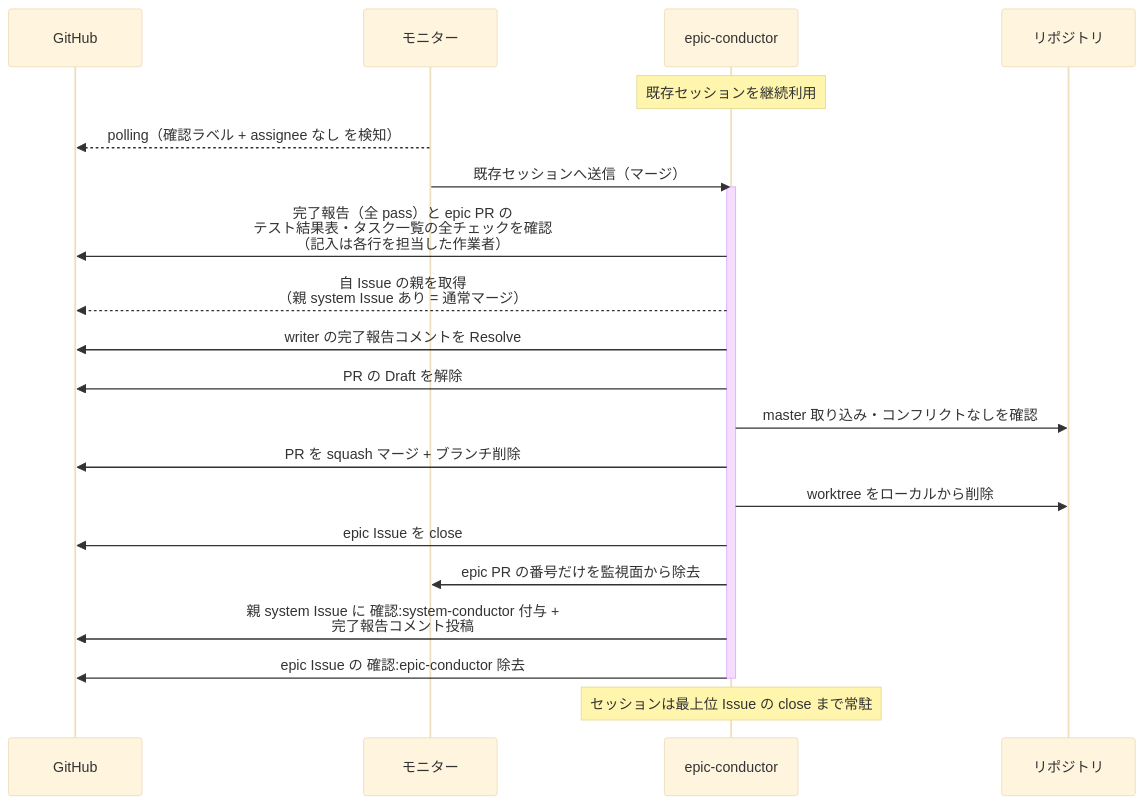
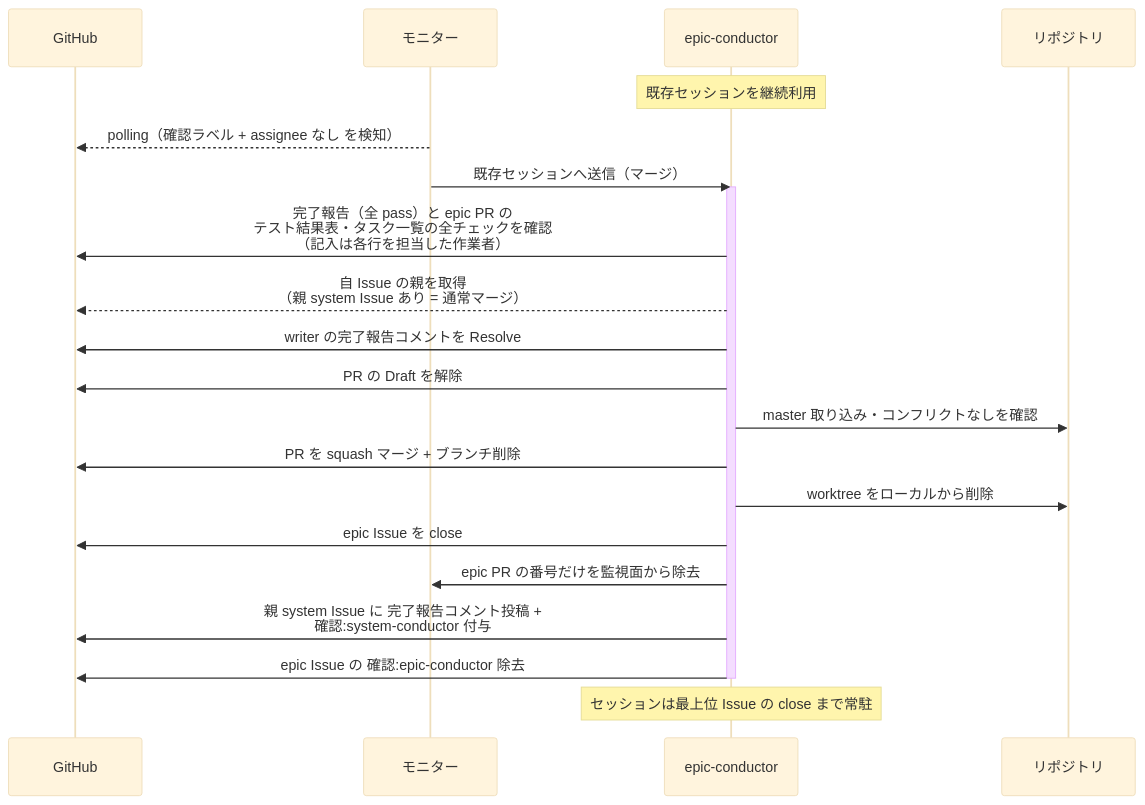
One commit to shuhei1101/ai-monitor changed the fourth of 6 diagrams in docs/wiki/設計図/シナリオ/単一ユースケース/マージ.md. Above: the diagram before and after it, drawn with Mermaid (base theme). The commit also changed other lines of this file and 29 other files, not shown here.

````diff
--- a/docs/wiki/設計図/シナリオ/単一ユースケース/マージ.md
+++ b/docs/wiki/設計図/シナリオ/単一ユースケース/マージ.md
@@ -177,25 +177,25 @@
 ```mermaid
 sequenceDiagram
   participant GH as GitHub
   participant ORC as モニター
   participant MON as epic-conductor
   participant REPO as リポジトリ
 
   Note over MON: 既存セッションを継続利用
   ORC-->>GH: polling（確認ラベル + assignee なし を検知）
   ORC->>MON: 既存セッションへ送信（マージ）
   activate MON
   MON->>GH: 完了報告（全 pass）と epic PR の<br>テスト結果表・タスク一覧の全チェックを確認<br>（記入は各行を担当した作業者）
   MON-->>GH: 自 Issue の親を取得<br>（親 system Issue あり = 通常マージ）
   MON->>GH: writer の完了報告コメントを Resolve
   MON->>GH: PR の Draft を解除
   MON->>REPO: master 取り込み・コンフリクトなしを確認
   MON->>GH: PR を squash マージ + ブランチ削除
   MON->>REPO: worktree をローカルから削除
   MON->>GH: epic Issue を close
   MON->>ORC: epic PR の番号だけを監視面から除去
-  MON->>GH: 親 system Issue に 確認:system-conductor 付与 +<br>完了報告コメント投稿
+  MON->>GH: 親 system Issue に 完了報告コメント投稿 +<br>確認:system-conductor 付与
   MON->>GH: epic Issue の 確認:epic-conductor 除去
   deactivate MON
   Note over MON: セッションは最上位 Issue の close まで常駐
 ```
````
